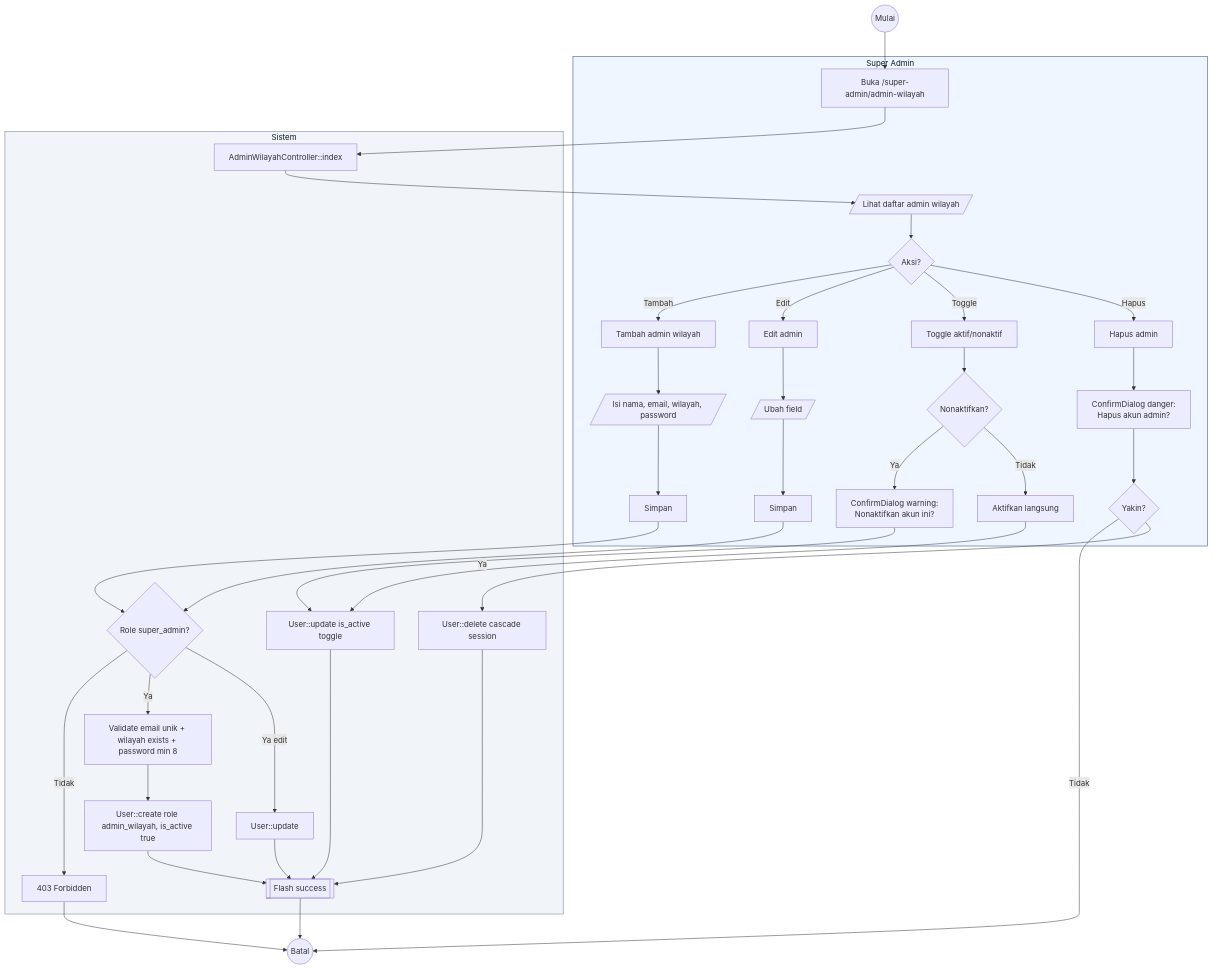
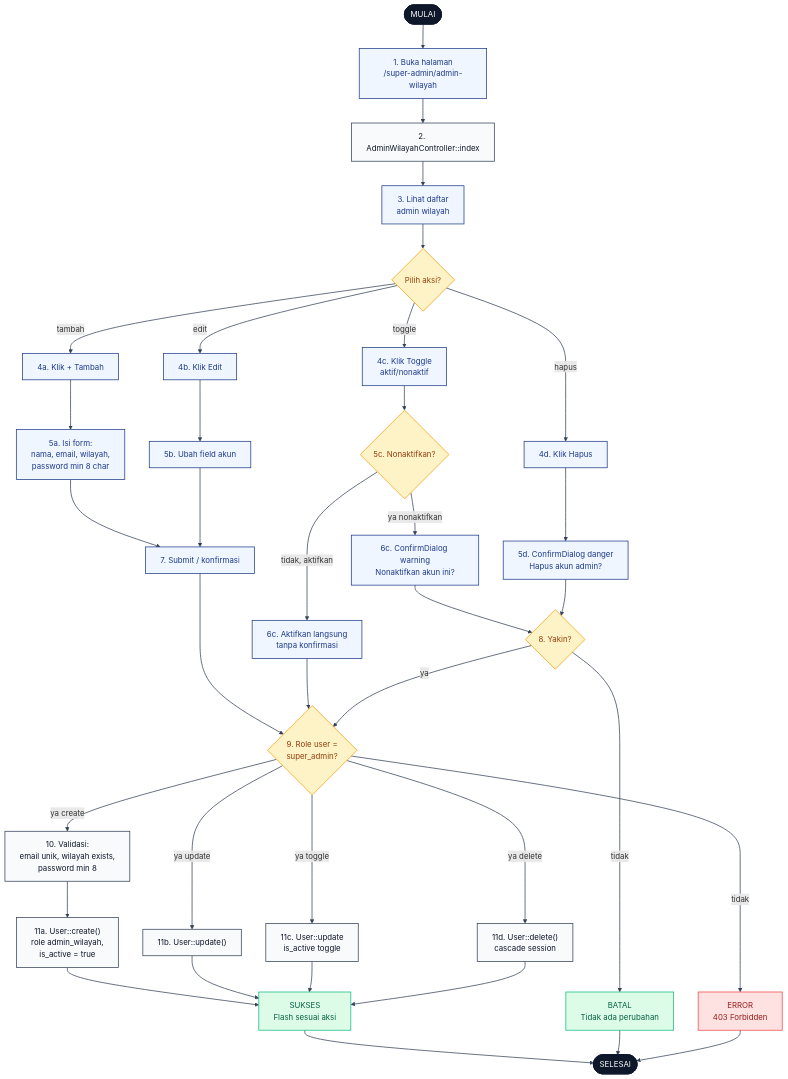
Before and after one commit to radacore/absensi-pu: the diagram in docs/activity-diagrams/07-admin-wilayah-crud.md, drawn with Mermaid. The commit also changed other lines of this file and 22 other files, not shown here.

First line of the commit message:
docs(diagram): terapkan pola mermaid flowchart TD ke 23 diagram sisanya

````diff
--- a/docs/activity-diagrams/07-admin-wilayah-crud.md
+++ b/docs/activity-diagrams/07-admin-wilayah-crud.md
@@ -11,73 +11,90 @@
 ```mermaid
 flowchart TD
-    Start((Mulai)) --> A1
+    START([MULAI]):::se
 
-    subgraph SuperAdmin[Super Admin]
-        A1[Buka /super-admin/admin-wilayah]
-        A2[/Lihat daftar admin wilayah/]
-        A3{Aksi?}
-        A4[Tambah admin wilayah]
-        A5[/Isi nama, email, wilayah, password/]
-        A6[Simpan]
-        A7[Edit admin]
-        A8[/Ubah field/]
-        A9[Simpan]
-        A10[Toggle aktif/nonaktif]
-        A11{Nonaktifkan?}
-        A12[ConfirmDialog warning:<br/>Nonaktifkan akun ini?]
-        A13[Aktifkan langsung]
-        A14[Hapus admin]
-        A15[ConfirmDialog danger:<br/>Hapus akun admin?]
-        A16{Yakin?}
-    end
+    A1["1. Buka halaman<br/>/super-admin/admin-wilayah"]:::user
+    S1["2. AdminWilayahController::index"]:::sys
+    A2["3. Lihat daftar<br/>admin wilayah"]:::user
+    D1{"Pilih aksi?"}:::dec
 
-    subgraph Sistem[Sistem]
-        S1[AdminWilayahController::index]
-        S2{Role super_admin?}
-        S3[403 Forbidden]
-        S4[Validate email unik + wilayah exists + password min 8]
-        S5[User::create role admin_wilayah, is_active true]
-        S6[User::update]
-        S7[User::update is_active toggle]
-        S8[User::delete cascade session]
-        S9[[Flash success]]
-    end
+    A3a["4a. Klik + Tambah"]:::user
+    A3b["4b. Klik Edit"]:::user
+    A3c["4c. Klik Toggle<br/>aktif/nonaktif"]:::user
+    A3d["4d. Klik Hapus"]:::user
 
+    A4a["5a. Isi form:<br/>nama, email, wilayah,<br/>password min 8 char"]:::user
+    A4b["5b. Ubah field akun"]:::user
+    D2{"5c. Nonaktifkan?"}:::dec
+    A4c1["6c. ConfirmDialog warning<br/>Nonaktifkan akun ini?"]:::user
+    A4c2["6c. Aktifkan langsung<br/>tanpa konfirmasi"]:::user
+    A4d["5d. ConfirmDialog danger<br/>Hapus akun admin?"]:::user
+
+    A5["7. Submit / konfirmasi"]:::user
+    D3{"8. Yakin?"}:::dec
+
+    D4{"9. Role user =<br/>super_admin?"}:::dec
+    S2["10. Validasi:<br/>email unik, wilayah exists,<br/>password min 8"]:::sys
+
+    S3["11a. User::create()<br/>role admin_wilayah,<br/>is_active = true"]:::sys
+    S4["11b. User::update()"]:::sys
+    S5["11c. User::update<br/>is_active toggle"]:::sys
+    S6["11d. User::delete()<br/>cascade session"]:::sys
+
+    E1["ERROR<br/>403 Forbidden"]:::err
+    CANCEL["BATAL<br/>Tidak ada perubahan"]:::ok
+    OK["SUKSES<br/>Flash sesuai aksi"]:::ok
+    END([SELESAI]):::se
+
+    START --> A1
     A1 --> S1
     S1 --> A2
-    A2 --> A3
-    A3 -->|Tambah| A4
-    A4 --> A5
-    A5 --> A6
-    A6 --> S2
-    S2 -->|Tidak| S3
-    S2 -->|Ya| S4
-    S4 --> S5
-    S5 --> S9
-    A3 -->|Edit| A7
-    A7 --> A8
-    A8 --> A9
-    A9 --> S2
-    S2 -->|Ya edit| S6
-    S6 --> S9
-    A3 -->|Toggle| A10
-    A10 --> A11
-    A11 -->|Ya| A12
-    A11 -->|Tidak| A13
-    A12 --> S7
-    A13 --> S7
-    S7 --> S9
-    A3 -->|Hapus| A14
-    A14 --> A15
-    A15 --> A16
-    A16 -->|Tidak| End((Batal))
-    A16 -->|Ya| S8
-    S8 --> S9
-    S9 --> End
-    S3 --> End
+    A2 --> D1
 
-    classDef actor fill:#EFF6FF,stroke:#1E3A8A,stroke-width:1px,color:#0F172A
-    classDef system fill:#F1F5F9,stroke:#64748B,stroke-width:1px,color:#0F172A
-    class SuperAdmin actor
-    class Sistem system
+    D1 -->|tambah| A3a
+    A3a --> A4a
+    A4a --> A5
+    A5 --> D4
+
+    D1 -->|edit| A3b
+    A3b --> A4b
+    A4b --> A5
+
+    D1 -->|toggle| A3c
+    A3c --> D2
+    D2 -->|ya nonaktifkan| A4c1
+    D2 -->|tidak, aktifkan| A4c2
+    A4c1 --> D3
+    A4c2 --> D4
+
+    D1 -->|hapus| A3d
+    A3d --> A4d
+    A4d --> D3
+
+    D3 -->|tidak| CANCEL
+    D3 -->|ya| D4
+
+    D4 -->|tidak| E1
+    D4 -->|ya create| S2
+    D4 -->|ya update| S4
+    D4 -->|ya toggle| S5
+    D4 -->|ya delete| S6
+
+    S2 --> S3
+    S3 --> OK
+    S4 --> OK
+    S5 --> OK
+    S6 --> OK
+
+    OK --> END
+    CANCEL --> END
+    E1 --> END
+
+    classDef se fill:#0F172A,stroke:#0F172A,color:#fff,stroke-width:2px
+    classDef user fill:#EFF6FF,stroke:#1E3A8A,color:#1E3A8A,stroke-width:1.5px
+    classDef sys fill:#F8FAFC,stroke:#334155,color:#0F172A,stroke-width:1.5px
+    classDef dec fill:#FEF3C7,stroke:#F59E0B,color:#92400E,stroke-width:1.5px
+    classDef err fill:#FEE2E2,stroke:#EF4444,color:#991B1B,stroke-width:1.5px
+    classDef ok fill:#DCFCE7,stroke:#10B981,color:#065F46,stroke-width:1.5px
+
+    linkStyle default stroke:#334155,stroke-width:1.5px
 ```
````
